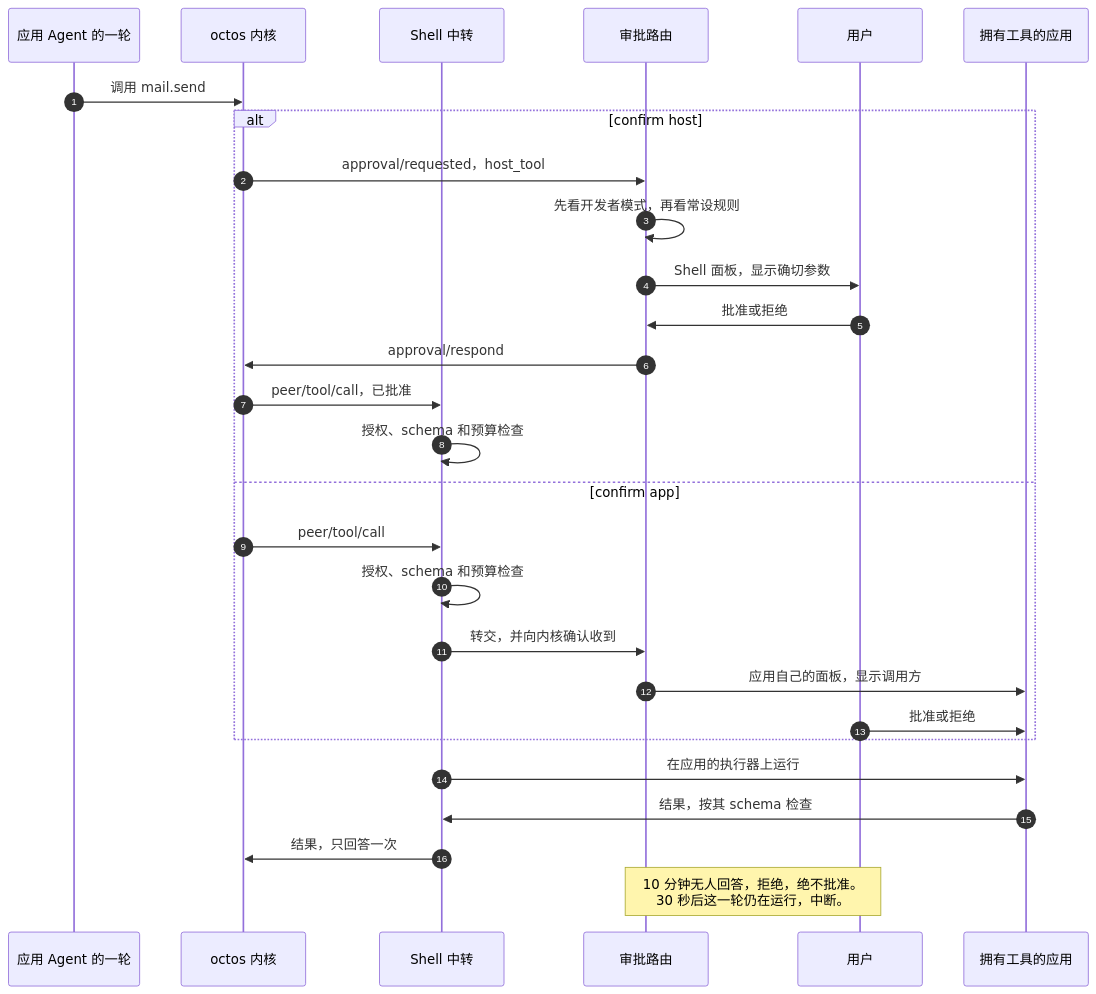
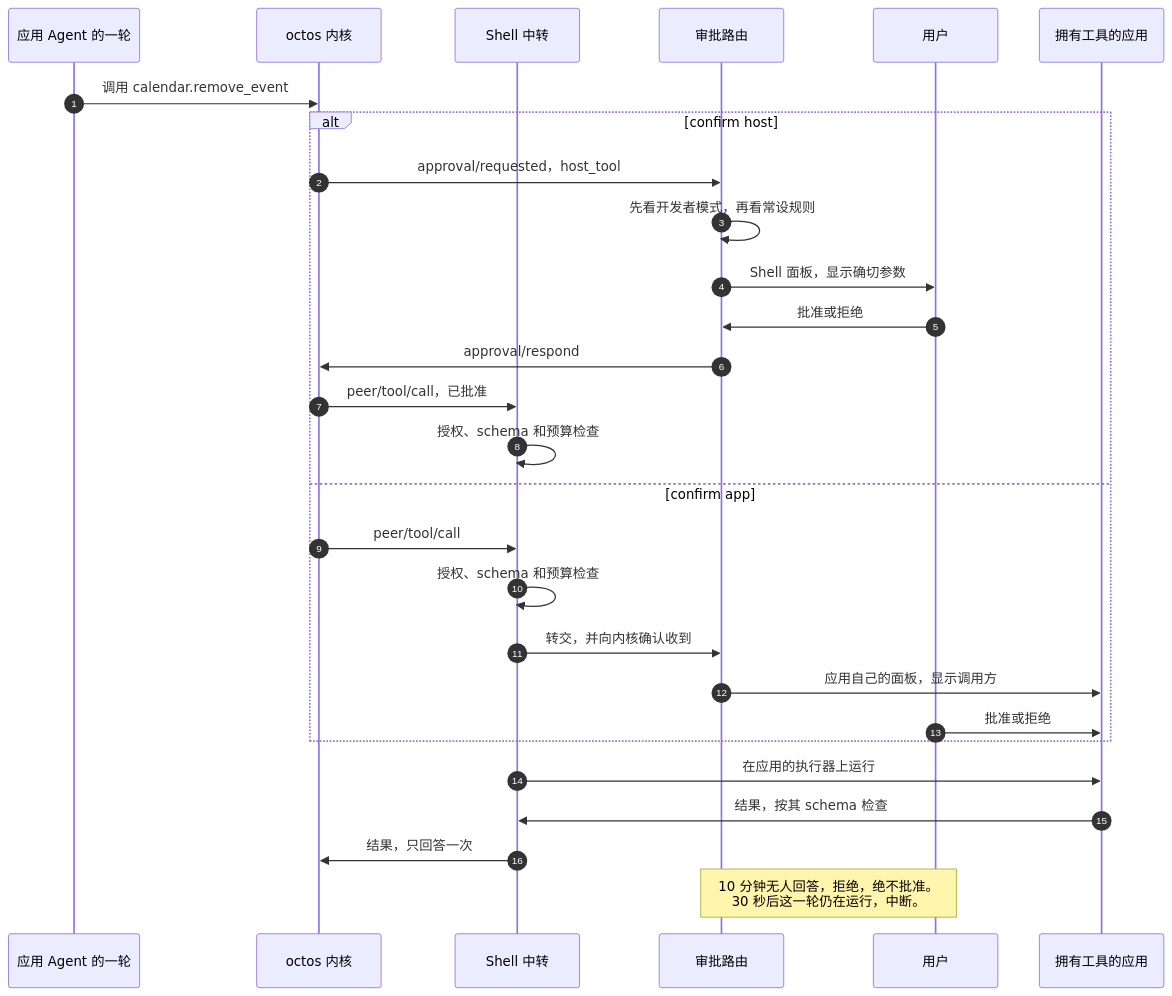
Before and after one commit to OctoSense-org/OctoSense: the fourth of 4 diagrams in README.zh-CN.md, drawn with Mermaid. The commit also changed other lines of this file and 5 other files, not shown here.

First line of the commit message:
docs: redraw the README's architecture drawings (gpt-image-2)

````diff
--- a/README.zh-CN.md
+++ b/README.zh-CN.md
@@ -178,30 +194,30 @@
 ```mermaid
 sequenceDiagram
   autonumber
   participant Ag as 应用 Agent 的一轮
   participant K as octos 内核
   participant Re as Shell 中转
   participant Ro as 审批路由
   participant P as 用户
   participant Ex as 拥有工具的应用
-  Ag->>K: 调用 mail.send
+  Ag->>K: 调用 calendar.remove_event
   alt confirm host
     K->>Ro: approval/requested，host_tool
     Ro->>Ro: 先看开发者模式，再看常设规则
     Ro->>P: Shell 面板，显示确切参数
     P->>Ro: 批准或拒绝
     Ro->>K: approval/respond
     K->>Re: peer/tool/call，已批准
     Re->>Re: 授权、schema 和预算检查
   else confirm app
     K->>Re: peer/tool/call
     Re->>Re: 授权、schema 和预算检查
     Re->>Ro: 转交，并向内核确认收到
     Ro->>Ex: 应用自己的面板，显示调用方
     P->>Ex: 批准或拒绝
   end
   Re->>Ex: 在应用的执行器上运行
   Ex->>Re: 结果，按其 schema 检查
   Re->>K: 结果，只回答一次
   Note over Ro,P: 10 分钟无人回答，拒绝，绝不批准。<br/>30 秒后这一轮仍在运行，中断。
 ```
````
